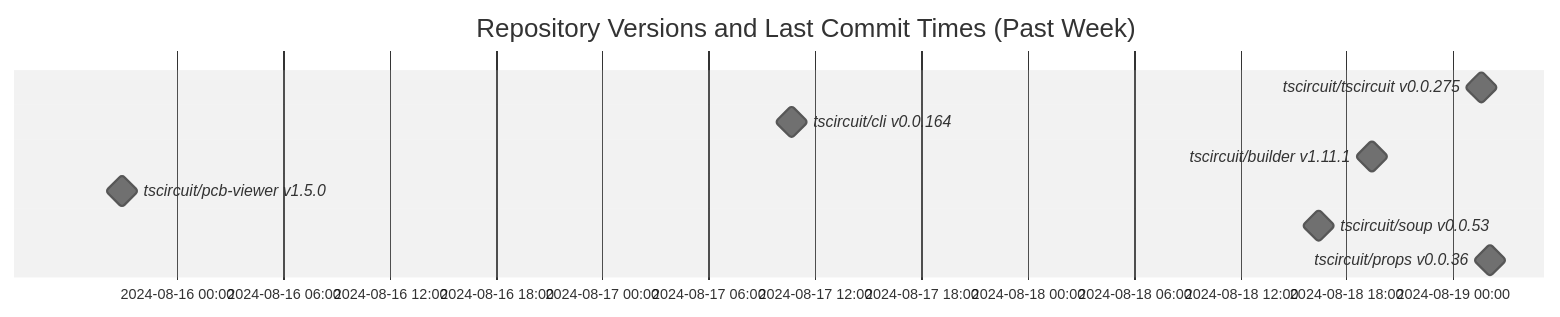
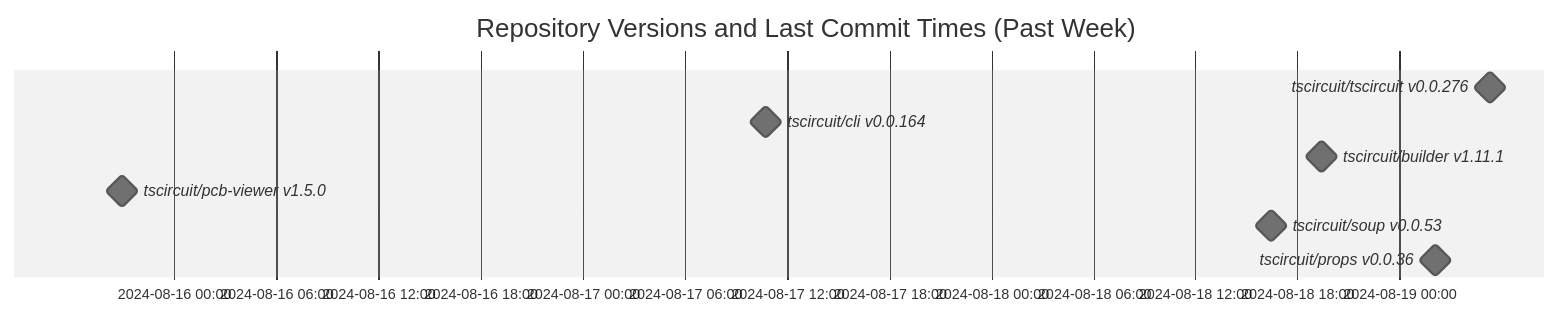
One commit to tscircuit/version-tracker changed the diagram in README.md. Above: the diagram before and after it, drawn with Mermaid (neutral theme).

Commit message:
Update chart

````diff
--- a/README.md
+++ b/README.md
@@ -1,13 +1,13 @@
 ```mermaid
 gantt
   dateFormat  YYYY-MM-DD HH:mm:ss
   title Repository Versions and Last Commit Times (Past Week)
   axisFormat %Y-%m-%d %H:%M
 
-  tscircuit/tscircuit v0.0.275 : milestone, 2024-08-19 01:35:56, 1s
+  tscircuit/tscircuit v0.0.276 : milestone, 2024-08-19 05:18:31, 1s
   tscircuit/cli v0.0.164 : milestone, 2024-08-17 10:43:36, 1s
   tscircuit/builder v1.11.1 : milestone, 2024-08-18 19:26:24, 1s
   tscircuit/pcb-viewer v1.5.0 : milestone, 2024-08-15 20:55:08, 1s
   tscircuit/soup v0.0.53 : milestone, 2024-08-18 16:25:05, 1s
   tscircuit/props v0.0.36 : milestone, 2024-08-19 02:05:19, 1s
 ```
````
